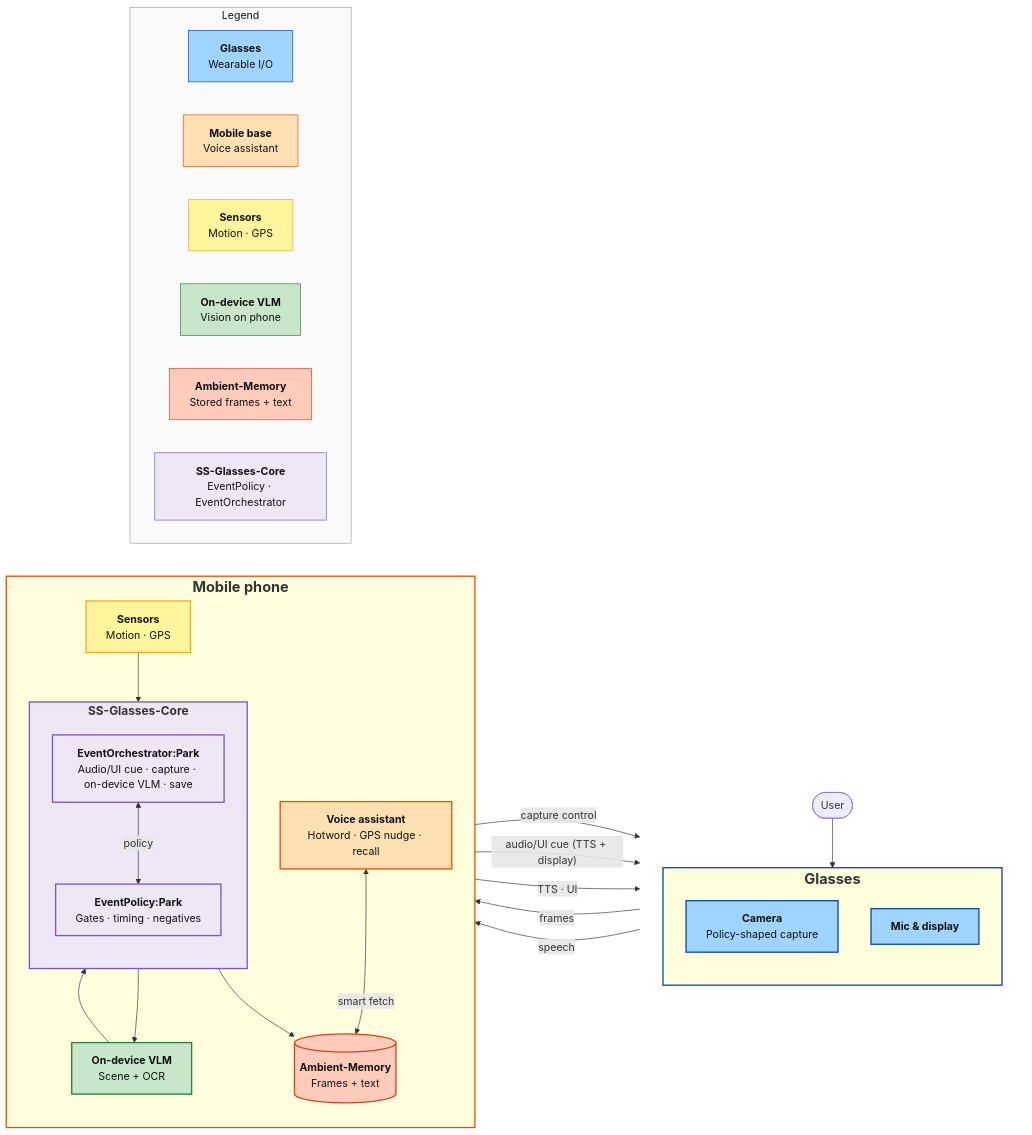
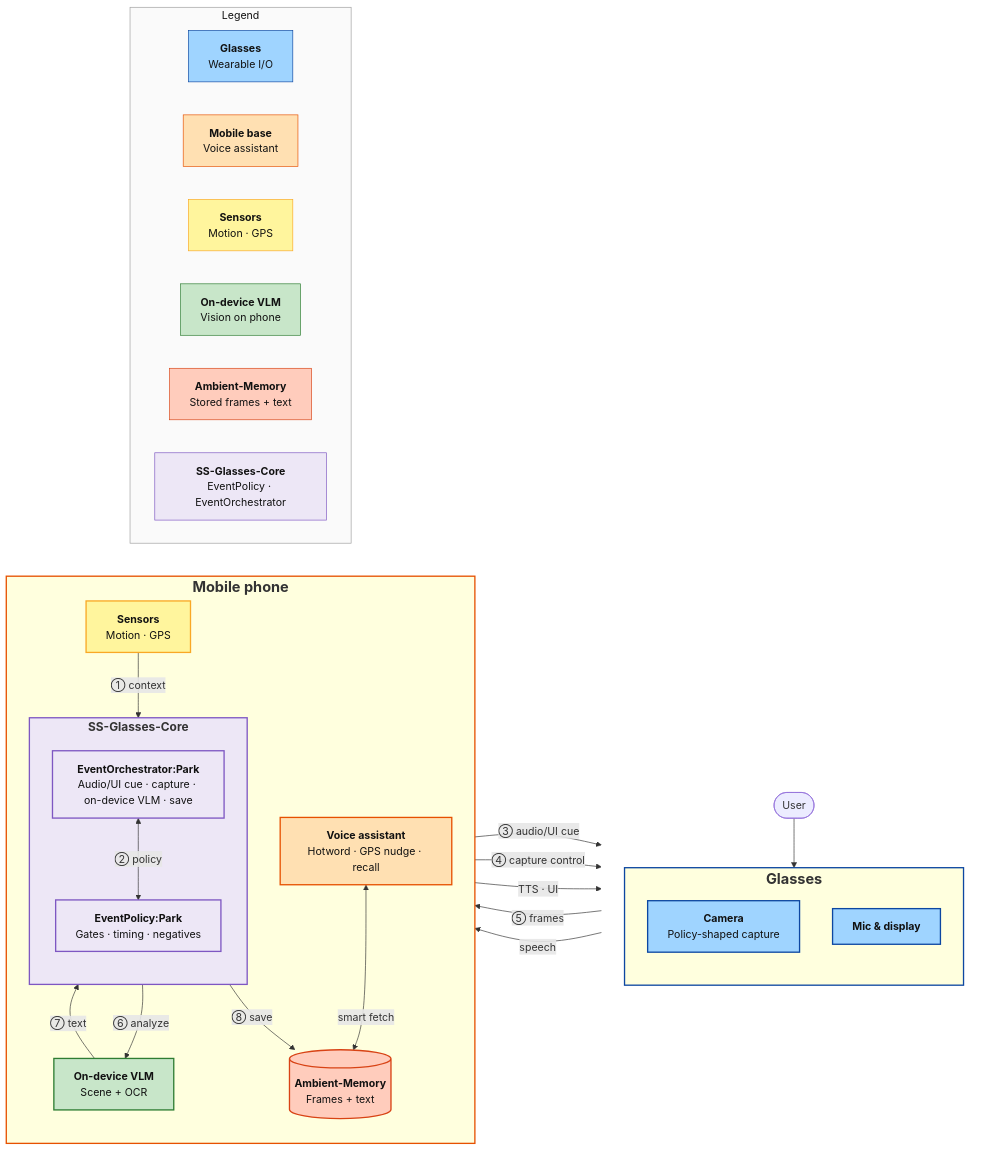
The diagram in tmp/idea2_mark_car_parking_spot_architecture.mermaid (penkesiva/wer-26), drawn with Mermaid before and after one commit. The commit also changed 2 other files, not shown here.

Commit message:
docs(idea2): add diagram numbering on flows and park path
Document autonumber vs manual flowchart labels and mark the architecture
park path with numbered edge labels (①–⑧).

```diff
--- a/tmp/idea2_mark_car_parking_spot_architecture.mermaid
+++ b/tmp/idea2_mark_car_parking_spot_architecture.mermaid
@@ -1,90 +1,90 @@
 %% Idea 2 — Mark Car Parking Spot · mermaid.live
 %% LR columns: Glasses | Mobile (voice assistant inside) — Mic↔VA across column boundary
 %% <b>…</b> = bold title inside a box
 %% Glasses / Mobile phone labels: centered (native subgraph title), big + bold via HTML
 %%{init: {'flowchart': {'htmlLabels': true}}}%%
 
 flowchart LR
     subgraph GCol[" "]
         direction TB
         User([User])
         subgraph Glasses["<b><span style='font-size:22px'>Glasses</span></b>"]
             direction TB
             Cam["<b>Camera</b><br/>Policy-shaped capture"]
             Mic["<b>Mic & display</b>"]
         end
     end
 
     subgraph Mobile["<b><span style='font-size:22px'>Mobile phone</span></b>"]
         direction TB
         VA["<b>Voice assistant</b><br/>Hotword · GPS nudge · recall"]
         Sens["<b>Sensors</b><br/>Motion · GPS"]
         subgraph SSGC["<b><span style='font-size:18px'>SS-Glasses-Core</span></b>"]
             direction TB
             PolicyCP["<b>EventPolicy:Park</b><br/>Gates · timing · negatives"]
             OrchCP["<b>EventOrchestrator:Park</b><br/>Audio/UI cue · capture · on-device VLM · save"]
         end
         VLM["<b>On-device VLM</b><br/>Scene + OCR"]
         AMEM[("<b>Ambient-Memory</b><br/>Frames + text")]
     end
 
     subgraph Legend["Legend"]
         direction LR
         LgG["<b>Glasses</b><br/>Wearable I/O"]
         LgM["<b>Mobile base</b><br/>Voice assistant"]
         LgSen["<b>Sensors</b><br/>Motion · GPS"]
         LgL["<b>On-device VLM</b><br/>Vision on phone"]
         LgA["<b>Ambient-Memory</b><br/>Stored frames + text"]
         LgS["<b>SS-Glasses-Core</b><br/>EventPolicy · EventOrchestrator"]
     end
 
-    Sens --> OrchCP
-    OrchCP <-->|policy| PolicyCP
+    Sens -->|"① context"| OrchCP
+    OrchCP <-->|"② policy"| PolicyCP
 
-    Cam -->|"frames"| OrchCP
-    OrchCP -->|"capture control"| Cam
-    OrchCP -->|"audio/UI cue (TTS + display)"| Mic
+    OrchCP -->|"③ audio/UI cue"| Mic
+    OrchCP -->|"④ capture control"| Cam
+    Cam -->|"⑤ frames"| OrchCP
 
-    OrchCP --> VLM
-    VLM --> OrchCP
-    OrchCP --> AMEM
+    OrchCP -->|"⑥ analyze"| VLM
+    VLM -->|"⑦ text"| OrchCP
+    OrchCP -->|"⑧ save"| AMEM
 
     User --> Mic
     Mic -->|speech| VA
     VA -->|TTS · UI| Mic
     VA <-->|smart fetch| AMEM
 
     classDef glasses fill:#9fd4ff,stroke:#0d47a1,color:#111,stroke-width:2px
     classDef mobile fill:#ffe0b2,stroke:#e65100,color:#111,stroke-width:2px
     classDef sensors fill:#fff59d,stroke:#f9a825,color:#111,stroke-width:2px
     classDef onDeviceVlm fill:#c8e6c9,stroke:#2e7d32,color:#111,stroke-width:2px
     classDef ambientMem fill:#ffccbc,stroke:#d84315,color:#111,stroke-width:2px
     classDef ssCoreLight fill:#ede7f6,stroke:#7e57c2,color:#111,stroke-width:2px
     classDef legendGlasses fill:#9fd4ff,stroke:#0d47a1,color:#111
     classDef legendMobile fill:#ffe0b2,stroke:#e65100,color:#111
     classDef legendSensors fill:#fff59d,stroke:#f9a825,color:#111
     classDef legendVlm fill:#c8e6c9,stroke:#2e7d32,color:#111
     classDef legendAmbient fill:#ffccbc,stroke:#d84315,color:#111
     classDef legendSS fill:#ede7f6,stroke:#7e57c2,color:#111
     classDef legendFrame fill:#fafafa,stroke:#9e9e9e,color:#111
     classDef colHidden fill:none,stroke:none,color:#111
 
     style SSGC fill:#ede7f6,stroke:#7e57c2,stroke-width:2px
     style GCol fill:none,stroke:none
     style Glasses stroke:#0d47a1,stroke-width:2px
     style Mobile stroke:#e65100,stroke-width:2px
 
     class Cam,Mic glasses
     class Sens sensors
     class VA mobile
     class VLM onDeviceVlm
     class AMEM ambientMem
     class PolicyCP,OrchCP ssCoreLight
     class GCol colHidden
     class Legend legendFrame
     class LgG legendGlasses
     class LgM legendMobile
     class LgSen legendSensors
     class LgL legendVlm
     class LgA legendAmbient
     class LgS legendSS
```
